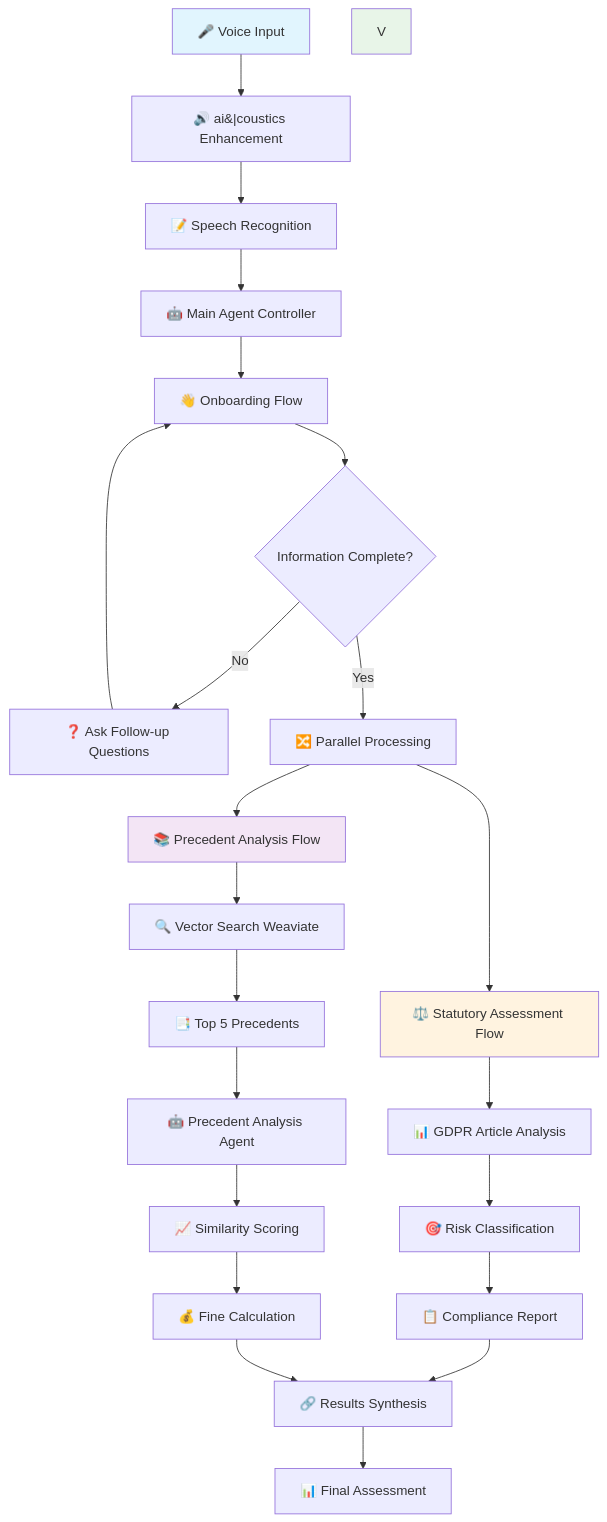
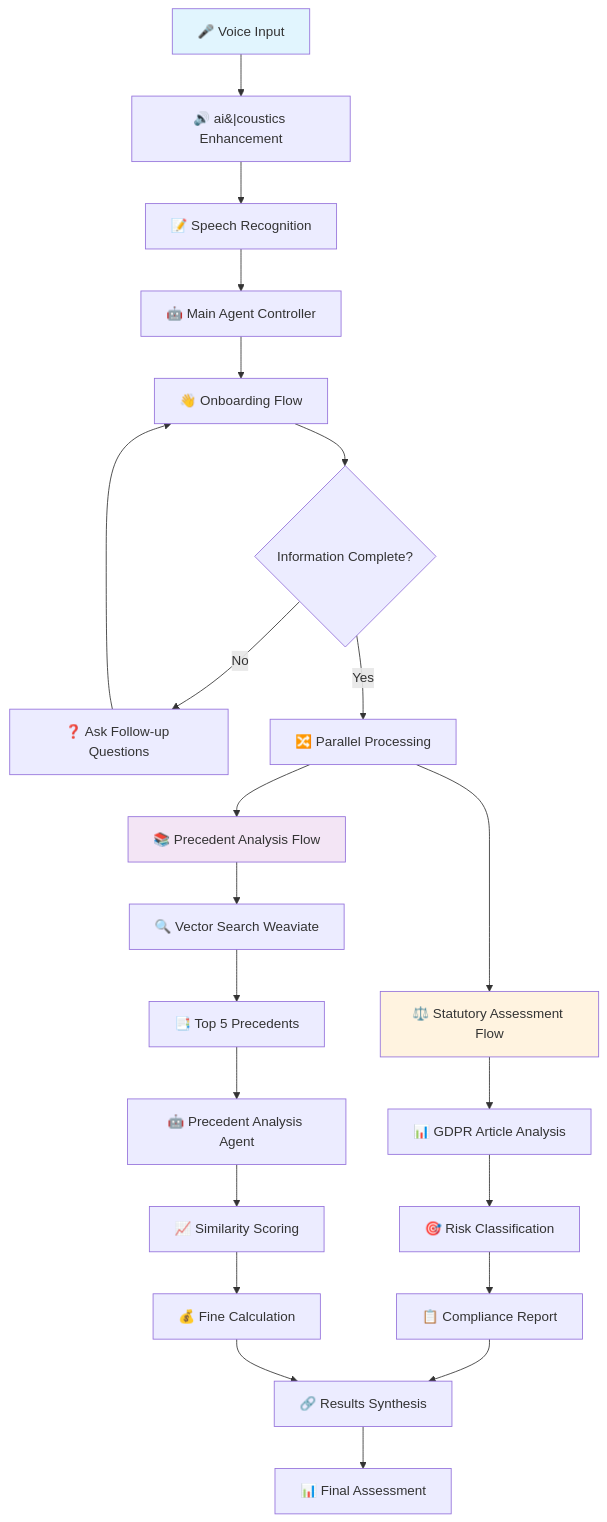
One commit to epanner/tech-europe-hack-25 changed the diagram in README.md. Above: the diagram before and after it, drawn with Mermaid.

````diff
--- a/README.md
+++ b/README.md
@@ -62,36 +62,35 @@
 ```mermaid
 flowchart TD
     A[🎤 Voice Input] --> B[🔊 ai&#124;coustics Enhancement]
     B --> C[📝 Speech Recognition]
     C --> D[🤖 Main Agent Controller]
     
     D --> E[👋 Onboarding Flow]
     E --> F{Information Complete?}
     F -->|No| G[❓ Ask Follow-up Questions]
     G --> E
     F -->|Yes| H[🔀 Parallel Processing]
     
     H --> I[⚖️ Statutory Assessment Flow]
     H --> J[📚 Precedent Analysis Flow]
     
     I --> K[📊 GDPR Article Analysis]
     K --> L[🎯 Risk Classification]
     L --> M[📋 Compliance Report]
     
     J --> N[🔍 Vector Search Weaviate]
     N --> O[📑 Top 5 Precedents]
     O --> P[🤖 Precedent Analysis Agent]
     P --> Q[📈 Similarity Scoring]
     Q --> R[💰 Fine Calculation]
     
     M --> S[🔗 Results Synthesis]
     R --> S
     S --> T[📊 Final Assessment]
 
     
     style A fill:#e1f5fe
-    style V fill:#e8f5e8
     style I fill:#fff3e0
     style J fill:#f3e5f5
 
 ```
````
